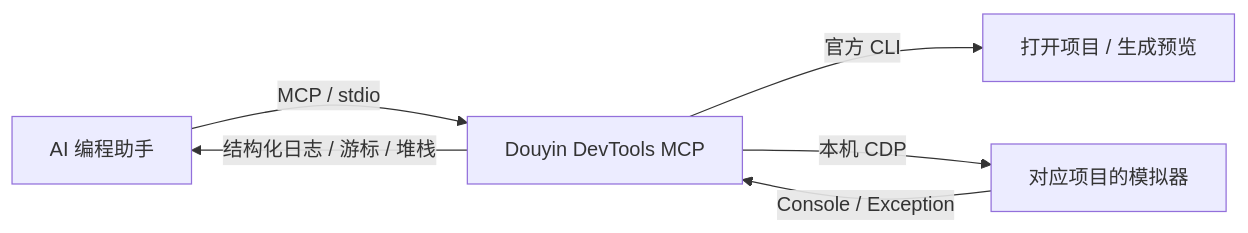
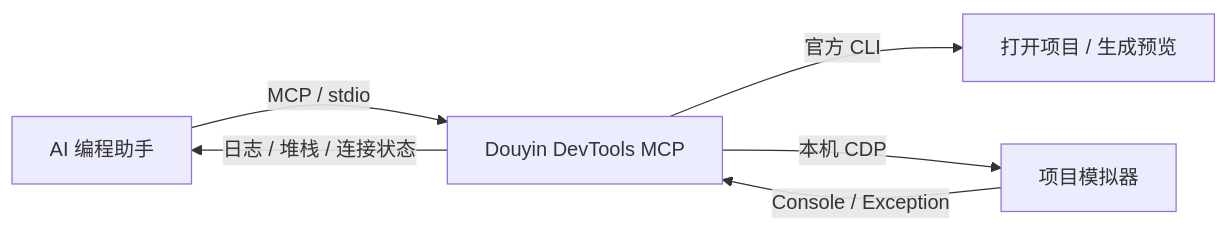
Before and after one commit to linayanc/DouyinDevToolsMCP: the diagram in README.md, drawn with Mermaid. The commit also changed other lines of this file and 6 other files, not shown here.

````diff
--- a/README.md
+++ b/README.md
@@ -22,8 +31,8 @@
 ```mermaid
 flowchart LR
     A[AI 编程助手] -->|MCP / stdio| B[Douyin DevTools MCP]
     B -->|官方 CLI| C[打开项目 / 生成预览]
-    B -->|本机 CDP| D[对应项目的模拟器]
+    B -->|本机 CDP| D[项目模拟器]
     D -->|Console / Exception| B
-    B -->|结构化日志 / 游标 / 堆栈| A
+    B -->|日志 / 堆栈 / 连接状态| A
 ```
````
